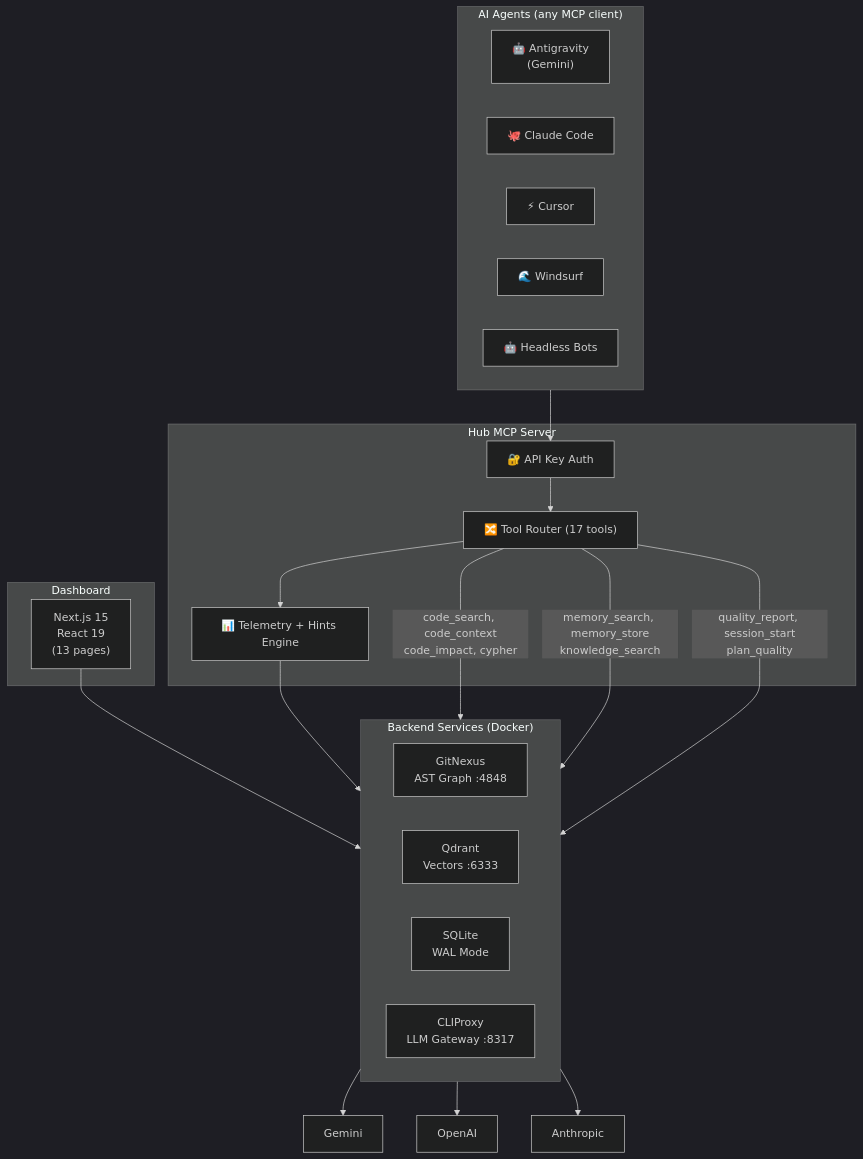
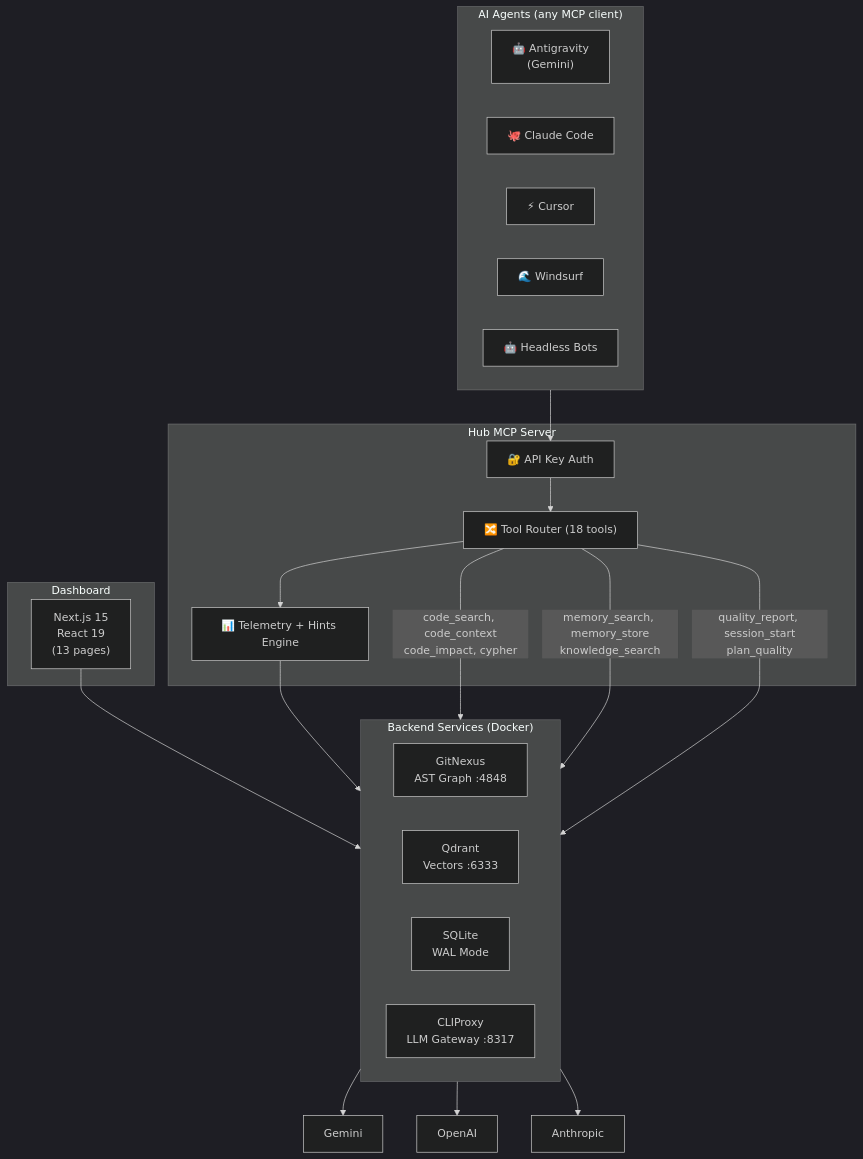
The diagram in README.md (mrss2707/cortex-hub), drawn with Mermaid (dark theme) before and after one commit. The commit also changed other lines of this file, not shown here.

````diff
--- a/README.md
+++ b/README.md
@@ -67,36 +67,36 @@
 ```mermaid
 graph TB
     subgraph Agents["AI Agents (any MCP client)"]
         AG["🤖 Antigravity<br/>(Gemini)"]
         CC["🐙 Claude Code"]
         CU["⚡ Cursor"]
         WS["🌊 Windsurf"]
         BOT["🤖 Headless Bots"]
     end
 
     subgraph Gateway["Hub MCP Server"]
         AUTH["🔐 API Key Auth"]
-        ROUTER["🔀 Tool Router (17 tools)"]
+        ROUTER["🔀 Tool Router (18 tools)"]
         TEL["📊 Telemetry + Hints Engine"]
     end
 
     subgraph Services["Backend Services (Docker)"]
         direction LR
         GN["GitNexus<br/>AST Graph :4848"]
         QD["Qdrant<br/>Vectors :6333"]
         DB["SQLite<br/>WAL Mode"]
         CLIP["CLIProxy<br/>LLM Gateway :8317"]
     end
 
     subgraph Frontend["Dashboard"]
         DASH["Next.js 15<br/>React 19<br/>(13 pages)"]
     end
 
     Agents --> AUTH --> ROUTER --> TEL
     TEL --> Services
     ROUTER -->|"code_search, code_context<br/>code_impact, cypher"| GN
     ROUTER -->|"memory_search, memory_store<br/>knowledge_search"| QD
     ROUTER -->|"quality_report, session_start<br/>plan_quality"| DB
     CLIP --> GEM["Gemini"] & OAI["OpenAI"] & ANT["Anthropic"]
     DASH --> DB
 ```
````
